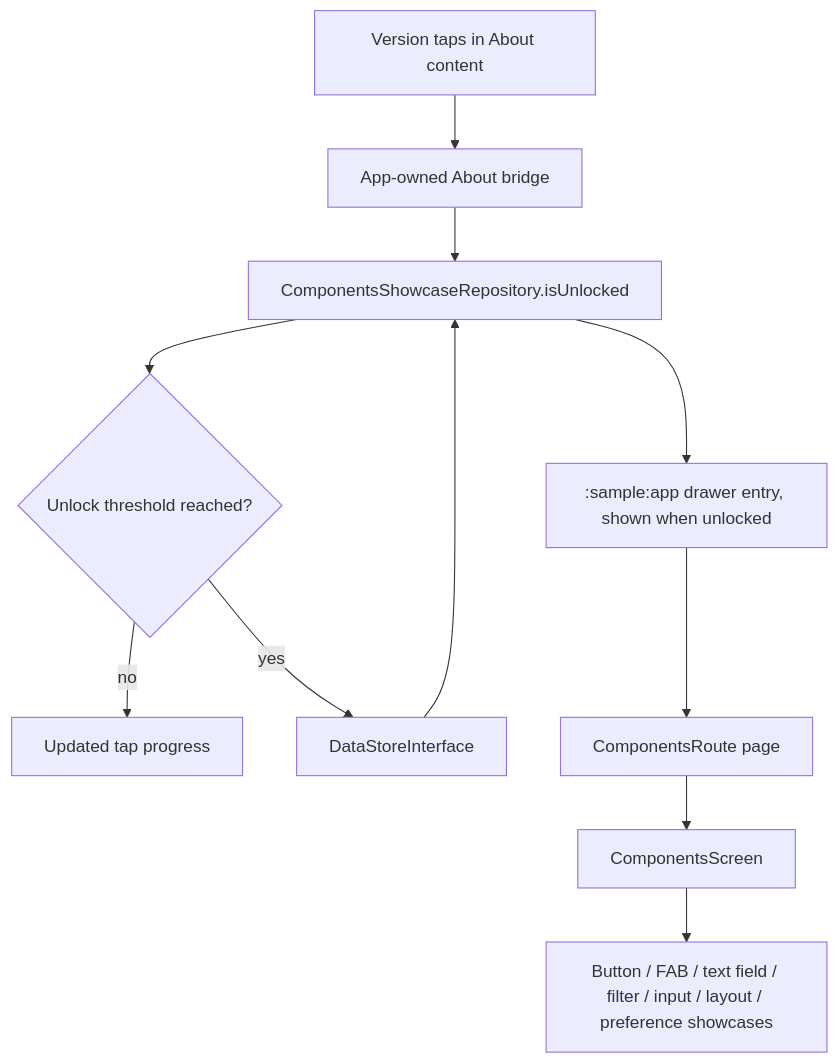
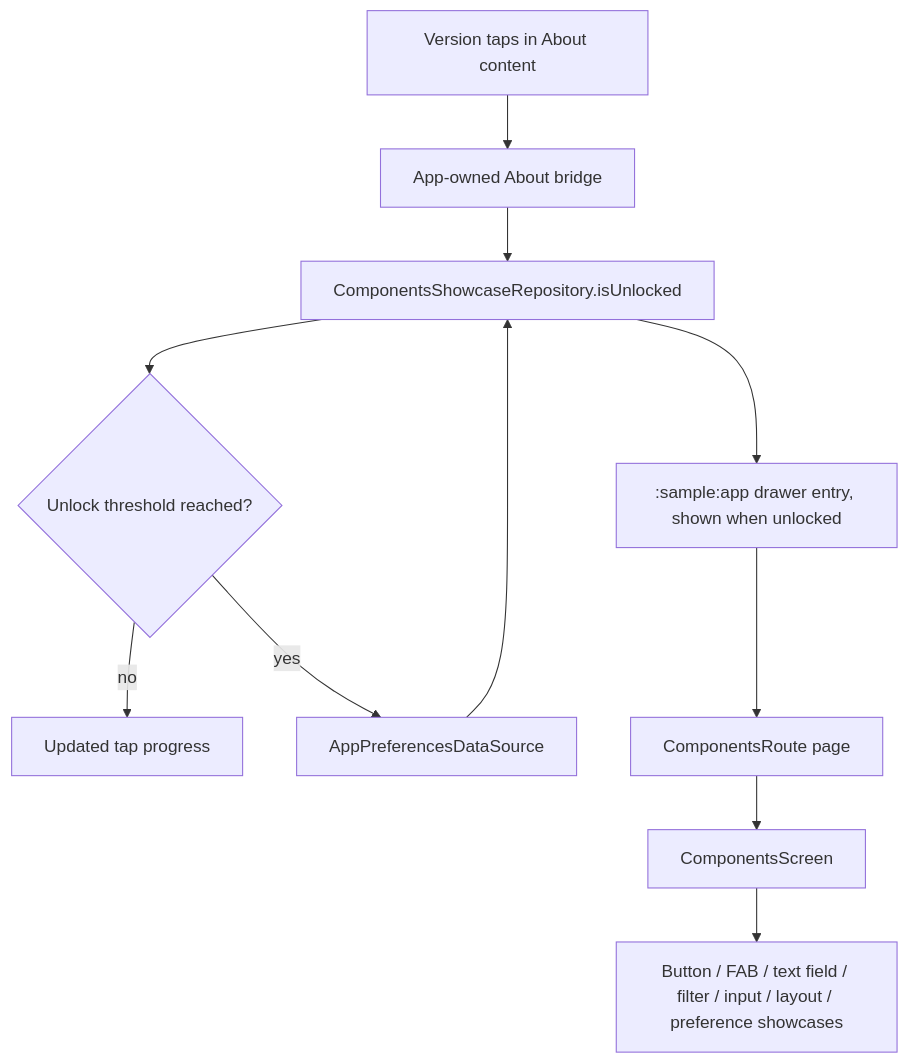
The diagram in sample/feature/components/README.md (MihaiCristianCondrea/App-Toolkit-for-Android), drawn with Mermaid before and after one commit. The commit also changed 83 other files, not shown here.

````diff
--- a/sample/feature/components/README.md
+++ b/sample/feature/components/README.md
@@ -44,13 +44,13 @@
 ```mermaid
 flowchart TD
     About[Version taps in About content] --> Bridge[App-owned About bridge]
     Bridge --> Repo[ComponentsShowcaseRepository]
     Repo --> Counter{Unlock threshold reached?}
     Counter -->|no| State[Updated tap progress]
-    Counter -->|yes| Store[DataStoreInterface]
+    Counter -->|yes| Store[AppPreferencesDataSource]
     Store --> Repo[ComponentsShowcaseRepository.isUnlocked]
     Repo --> Drawer[":sample:app" drawer entry, shown when unlocked]
     Drawer --> Page[ComponentsRoute page]
     Page --> Screen[ComponentsScreen]
     Screen --> Sections[Button / FAB / text field / filter / input / layout / preference showcases]
 ```
````
